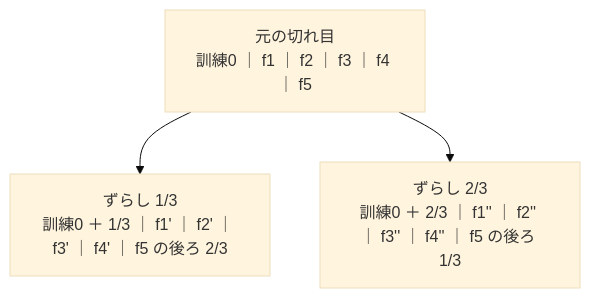
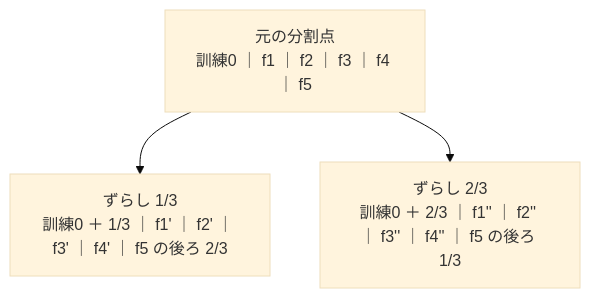
Before and after one commit to akiraak/ai-income-lab: diagram 38 of 38 in docs/specs/experiments/feature-discovery/rules.md, drawn with Mermaid (base theme). The commit also changed other lines of this file and 45 other files, not shown here.

````diff
--- a/docs/specs/experiments/feature-discovery/rules.md
+++ b/docs/specs/experiments/feature-discovery/rules.md
@@ -2357,8 +2357,8 @@
 ```mermaid
 flowchart TB
-  O["元の切れ目<br/>訓練0 ｜ f1 ｜ f2 ｜ f3 ｜ f4 ｜ f5"]
+  O["元の分割点<br/>訓練0 ｜ f1 ｜ f2 ｜ f3 ｜ f4 ｜ f5"]
   A["ずらし 1/3<br/>訓練0 ＋ 1/3 ｜ f1' ｜ f2' ｜ f3' ｜ f4' ｜ f5 の後ろ 2/3"]
   B["ずらし 2/3<br/>訓練0 ＋ 2/3 ｜ f1'' ｜ f2'' ｜ f3'' ｜ f4'' ｜ f5 の後ろ 1/3"]
   O --> A
   O --> B
 ```
````
